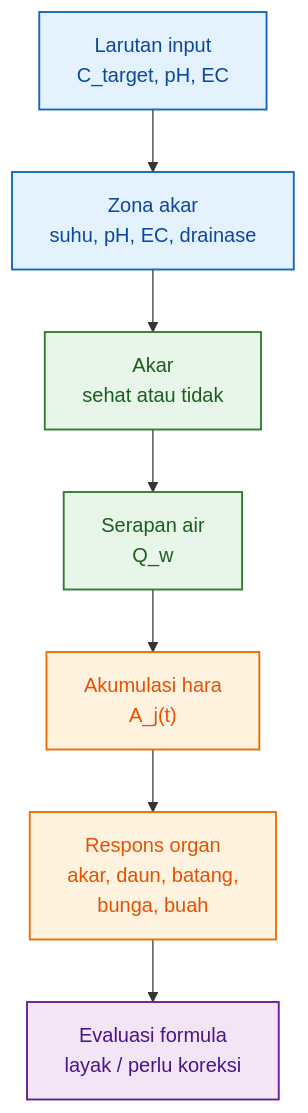
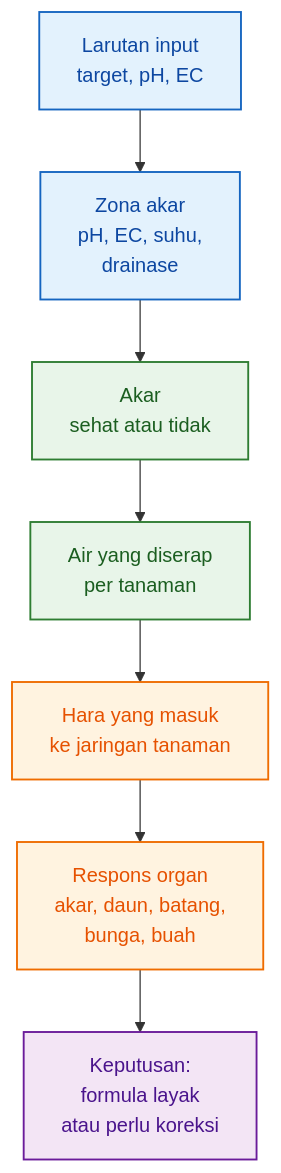
One commit to slametsampon/kawruhnology changed diagram 13 of 15 in content/blog/agri/kebon/model-formula-hara.mdx. Above: the diagram before and after it, drawn with Mermaid. The commit also changed other lines of this file and 4 other files, not shown here.

Commit message:
update model-formula-hara

````diff
--- a/content/blog/agri/kebon/model-formula-hara.mdx
+++ b/content/blog/agri/kebon/model-formula-hara.mdx
@@ -3813,19 +3644,19 @@
 ```mermaid id="bab10-validasi-data"
 flowchart TD
-    A["Larutan input<br/>C_target, pH, EC"] --> B["Zona akar<br/>suhu, pH, EC, drainase"]
+    A["Larutan input<br/>target, pH, EC"] --> B["Zona akar<br/>pH, EC, suhu,<br/>drainase"]
     B --> C["Akar<br/>sehat atau tidak"]
-    C --> D["Serapan air<br/>Q_w"]
-    D --> E["Akumulasi hara<br/>A_j(t)"]
+    C --> D["Air yang diserap<br/>per tanaman"]
+    D --> E["Hara yang masuk<br/>ke jaringan tanaman"]
     E --> F["Respons organ<br/>akar, daun, batang,<br/>bunga, buah"]
-    F --> G["Evaluasi formula<br/>layak / perlu koreksi"]
+    F --> G["Keputusan:<br/>formula layak<br/>atau perlu koreksi"]
 
     classDef larutan fill:#E3F2FD,stroke:#1565C0,stroke-width:1.5px,color:#0D47A1;
     classDef akar fill:#E8F5E9,stroke:#2E7D32,stroke-width:1.5px,color:#1B5E20;
     classDef tanaman fill:#FFF3E0,stroke:#EF6C00,stroke-width:1.5px,color:#E65100;
     classDef hasil fill:#F3E5F5,stroke:#6A1B9A,stroke-width:1.5px,color:#4A148C;
 
     class A,B larutan;
     class C,D akar;
     class E,F tanaman;
     class G hasil;
 ```
````
